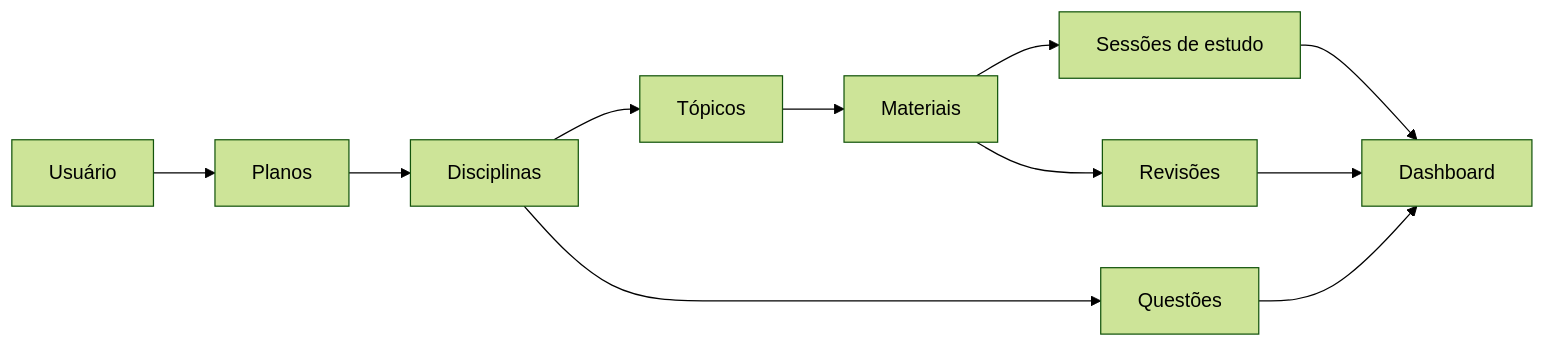
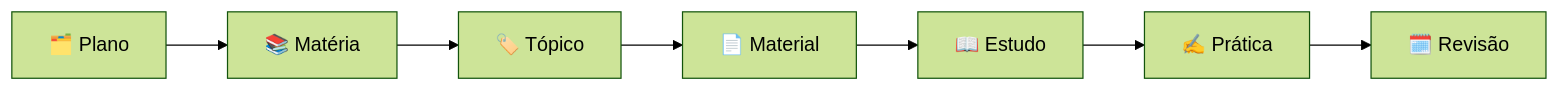
Before and after one commit to Victor-Hugo-A/organiza-concursos: the diagram in README.md, drawn with Mermaid (forest theme). The commit also changed other lines of this file, not shown here.

````diff
--- a/README.md
+++ b/README.md
@@ -32,13 +18,9 @@
 ```mermaid
 flowchart LR
-  U[Usuário] --> P[Planos]
-  P --> D[Disciplinas]
-  D --> T[Tópicos]
-  T --> M[Materiais]
-  M --> S[Sessões de estudo]
-  D --> Q[Questões]
-  M --> R[Revisões]
-  S --> DASH[Dashboard]
-  Q --> DASH
-  R --> DASH
+    A[🗂️ Plano] --> B[📚 Matéria]
+    B --> C[🏷️ Tópico]
+    C --> D[📄 Material]
+    D --> E[📖 Estudo]
+    E --> F[✍️ Prática]
+    F --> G[🗓️ Revisão]
 ```
````
